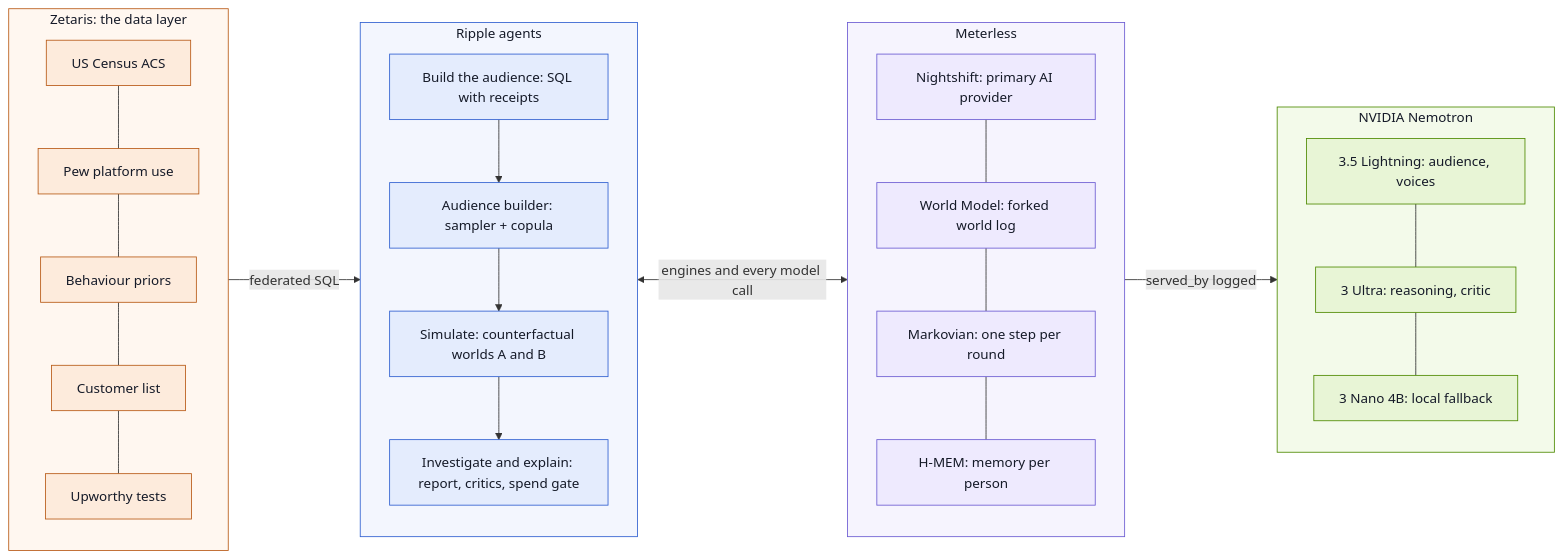
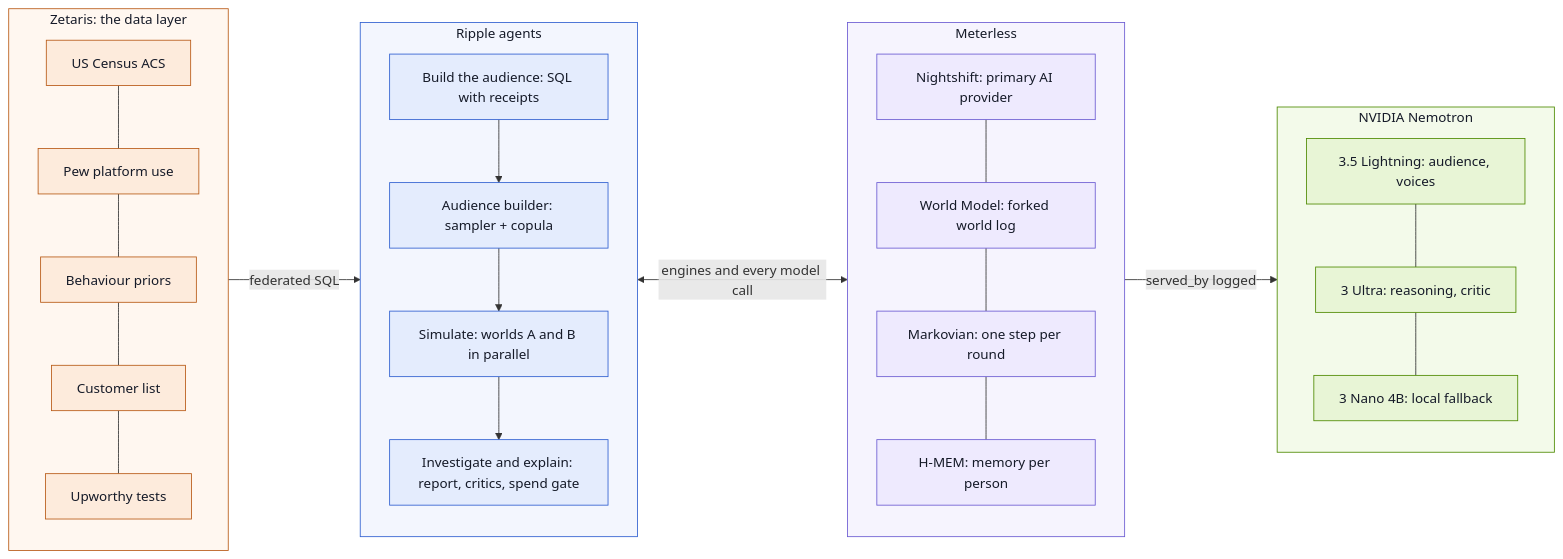
The first of 2 diagrams in README.md (pranayjoshi/GenAI-works-hackathon), drawn with Mermaid before and after one commit. The commit also changed other lines of this file and 6 other files, not shown here.

````diff
--- a/README.md
+++ b/README.md
@@ -196,35 +196,35 @@
 ```mermaid
 flowchart LR
   subgraph DATA["Zetaris: the data layer"]
     direction TB
     S1["US Census ACS"] --- S2["Pew platform use"] --- S3["Behaviour priors"] --- S4["Customer list"] --- S5["Upworthy tests"]
   end
   subgraph RIPPLE["Ripple agents"]
     direction TB
-    DA["Build the audience: SQL with receipts"] --> CB["Audience builder: sampler + copula"] --> TW["Simulate: counterfactual worlds A and B"] --> RD["Investigate and explain: report, critics, spend gate"]
+    DA["Build the audience: SQL with receipts"] --> CB["Audience builder: sampler + copula"] --> TW["Simulate: worlds A and B in parallel"] --> RD["Investigate and explain: report, critics, spend gate"]
   end
   subgraph METER["Meterless"]
     direction TB
     NS["Nightshift: primary AI provider"] --- WM["World Model: forked world log"] --- MK["Markovian: one step per round"] --- HM["H-MEM: memory per person"]
   end
   subgraph NV["NVIDIA Nemotron"]
     direction TB
     L["3.5 Lightning: audience, voices"] --- SV["3 Ultra: reasoning, critic"] --- N["3 Nano 4B: local fallback"]
   end
   DATA -->|"federated SQL"| RIPPLE
   RIPPLE <-->|"engines and every model call"| METER
   METER -->|"served_by logged"| NV
 
   classDef zet fill:#FDEBDC,stroke:#B85A16,color:#151A28
   classDef rip fill:#E4ECFD,stroke:#2F5FD0,color:#151A28
   classDef met fill:#EEEAFE,stroke:#6B5BD2,color:#151A28
   classDef nv fill:#E8F5D6,stroke:#4E8A00,color:#151A28
   class S1,S2,S3,S4,S5 zet
   class DA,CB,TW,RD rip
   class WM,MK,HM,NS met
   class L,SV,N nv
   style DATA fill:#FFF7F0,stroke:#B85A16,color:#151A28
   style RIPPLE fill:#F3F6FE,stroke:#2F5FD0,color:#151A28
   style METER fill:#F6F4FE,stroke:#6B5BD2,color:#151A28
   style NV fill:#F3FAEA,stroke:#4E8A00,color:#151A28
 ```
````
